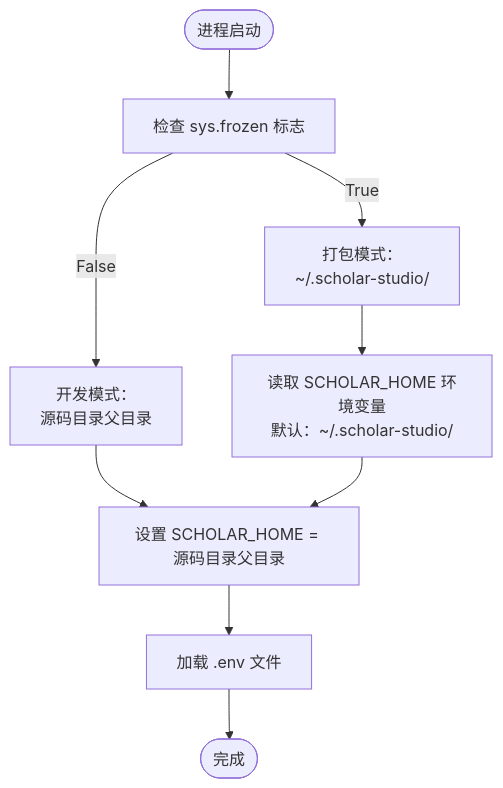
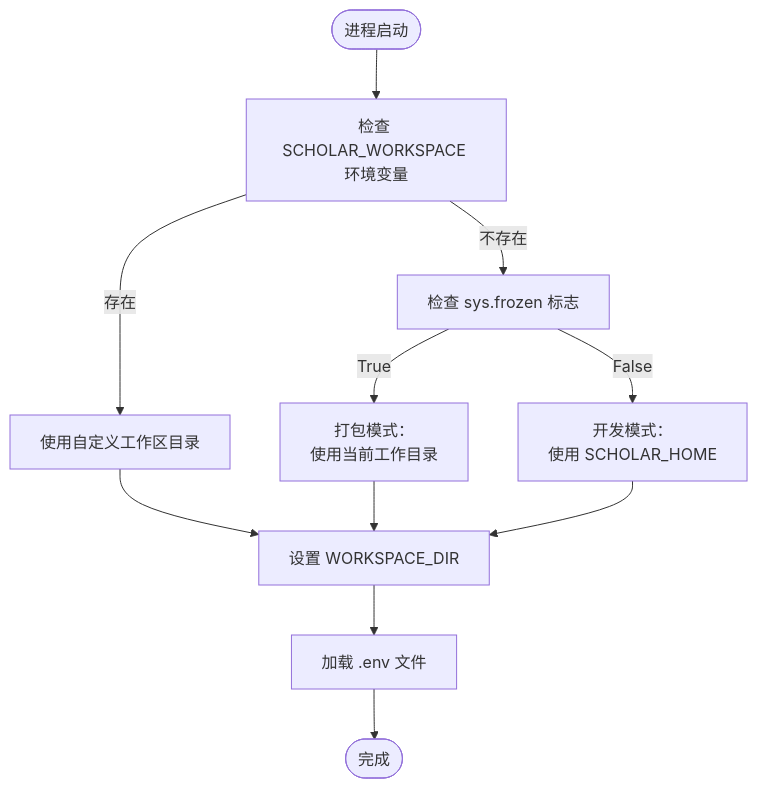
The third of 9 diagrams in .qoder/repowiki/zh/content/Python后端系统/配置管理系统.md (1173591564/academic-based-qoder), drawn with Mermaid before and after one commit. The commit also changed other lines of this file and 75 other files, not shown here.

````diff
--- a/.qoder/repowiki/zh/content/Python后端系统/配置管理系统.md
+++ b/.qoder/repowiki/zh/content/Python后端系统/配置管理系统.md
@@ -168,11 +192,13 @@
 ```mermaid
 flowchart TD
-Start(["进程启动"]) --> CheckFrozen["检查 sys.frozen 标志"]
-CheckFrozen --> |True| FrozenMode["打包模式：<br/>~/.scholar-studio/"]
-CheckFrozen --> |False| DevMode["开发模式：<br/>源码目录父目录"]
-DevMode --> SetHome["设置 SCHOLAR_HOME = 源码目录父目录"]
-FrozenMode --> EnvHome["读取 SCHOLAR_HOME 环境变量<br/>默认：~/.scholar-studio/"]
-EnvHome --> SetHome
-SetHome --> LoadEnv["加载 .env 文件"]
+Start(["进程启动"]) --> CheckWS["检查 SCHOLAR_WORKSPACE 环境变量"]
+CheckWS --> |存在| CustomWS["使用自定义工作区目录"]
+CheckWS --> |不存在| CheckFrozen["检查 sys.frozen 标志"]
+CheckFrozen --> |True| FrozenWS["打包模式：<br/>使用当前工作目录"]
+CheckFrozen --> |False| DevWS["开发模式：<br/>使用 SCHOLAR_HOME"]
+CustomWS --> SetWS["设置 WORKSPACE_DIR"]
+FrozenWS --> SetWS
+DevWS --> SetWS
+SetWS --> LoadEnv["加载 .env 文件"]
 LoadEnv --> End(["完成"])
 ```
````
